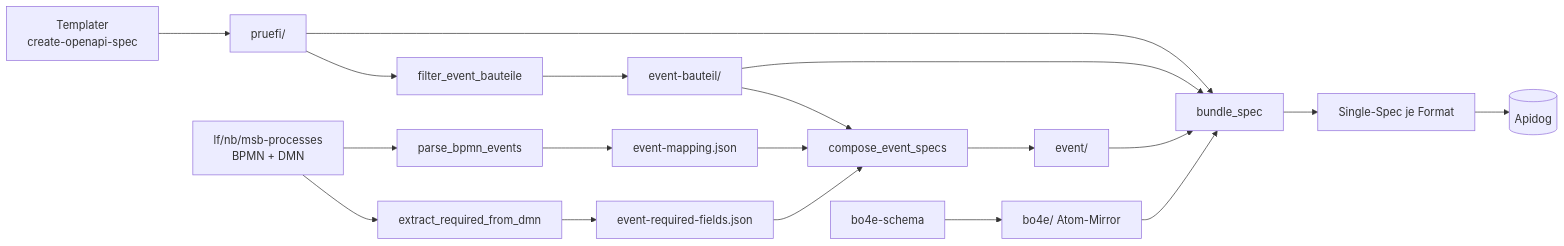
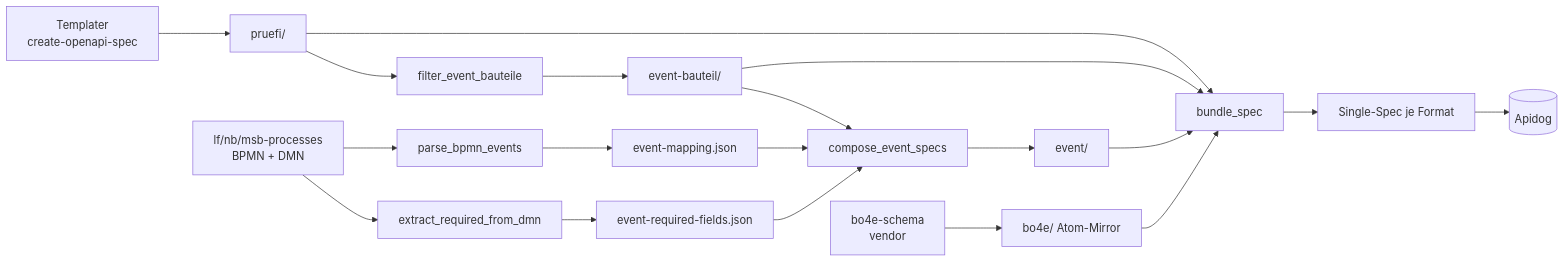
The diagram in README.md (conuti-gmbh/maco-api-doc-resources), drawn with Mermaid before and after one commit. The commit also changed other lines of this file, not shown here.

````diff
--- a/README.md
+++ b/README.md
@@ -16,17 +18,17 @@
 ```mermaid
 flowchart LR
     TPL[Templater<br/>create-openapi-spec] --> PRU[pruefi/]
-    SCH[bo4e-schema] --> BO4E[bo4e/ Atom-Mirror]
+    SCH[bo4e-schema<br/>vendor] --> BO4E[bo4e/ Atom-Mirror]
     PROC[lf/nb/msb-processes<br/>BPMN + DMN] --> S2 & S4
 
     PRU --> S1[filter_event_bauteile] --> BAU[event-bauteil/]
     S2[parse_bpmn_events] --> MAP[event-mapping.json]
     S4[extract_required_from_dmn] --> REQ[event-required-fields.json]
 
     BAU --> S3[compose_event_specs]
     MAP --> S3
     REQ --> S3
     S3 --> EVT[event/]
 
     PRU & BAU & EVT & BO4E --> BND[bundle_spec] --> SPEC[Single-Spec je Format] --> APIDOG[(Apidog)]
 ```
````
